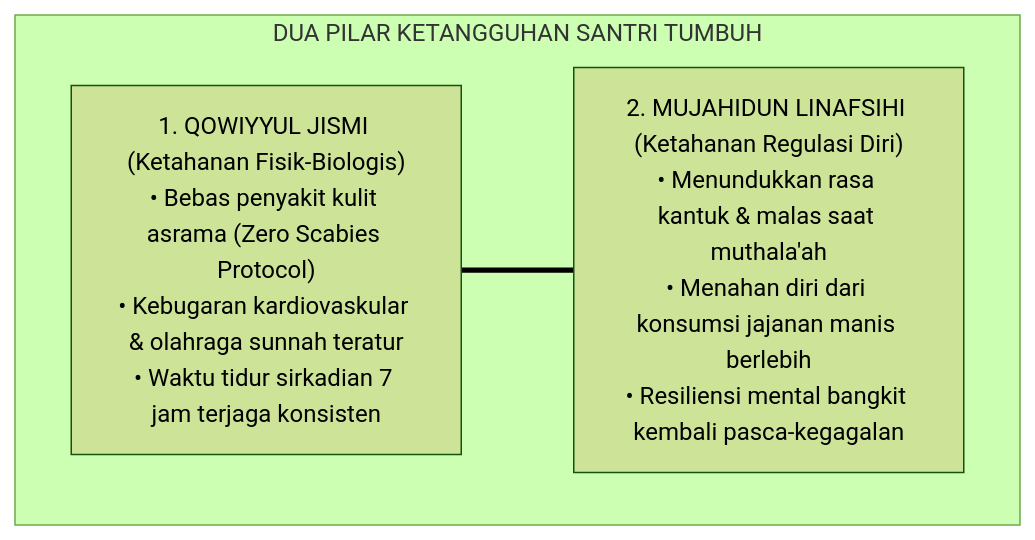
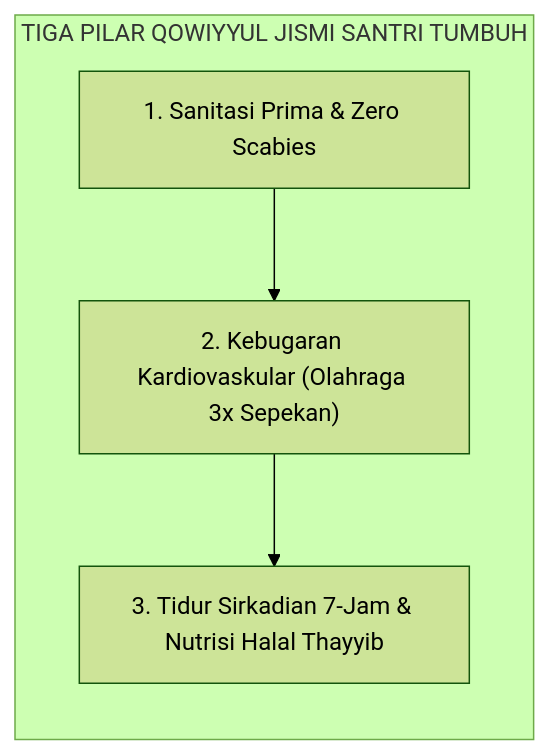
Diagram 13 of 47 in BOOK-SERIES/Volume-02/Buku-Volume-02-Taksonomi-Kapasitas-dan-10-Profil-Karakter.md (wandiapriliyandi/tumbuh), drawn with Mermaid (forest theme) before and after one commit. The commit also changed other lines of this file and 27 other files, not shown here.

````diff
--- a/BOOK-SERIES/Volume-02/Buku-Volume-02-Taksonomi-Kapasitas-dan-10-Profil-Karakter.md
+++ b/BOOK-SERIES/Volume-02/Buku-Volume-02-Taksonomi-Kapasitas-dan-10-Profil-Karakter.md
@@ -916,10 +711,7 @@
 ```mermaid
-graph TD
-    subgraph SinergiFisikJiwa["DUA PILAR KETANGGUHAN SANTRI TUMBUH"]
-        Jismi["1. QOWIYYUL JISMI (Ketahanan Fisik-Biologis)<br/>• Bebas penyakit kulit asrama (Zero Scabies Protocol)<br/>• Kebugaran kardiovaskular & olahraga sunnah teratur<br/>• Waktu tidur sirkadian 7 jam terjaga konsisten"]
-        
-        Nafsi["2. MUJAHIDUN LINAFSIHI (Ketahanan Regulasi Diri)<br/>• Menundukkan rasa kantuk & malas saat muthala'ah<br/>• Menahan diri dari konsumsi jajanan manis berlebih<br/>• Resiliensi mental bangkit kembali pasca-kegagalan"]
-        
-        Jismi === Nafsi
+graph LR
+    subgraph PilarFisik["TIGA PILAR QOWIYYUL JISMI SANTRI TUMBUH"]
+        Sanitasi["1. Sanitasi Prima & Zero Scabies"] --> Bugar["2. Kebugaran Kardiovaskular (Olahraga 3x Sepekan)"]
+        Bugar --> Sirkadian["3. Tidur Sirkadian 7-Jam & Nutrisi Halal Thayyib"]
     end
 ```
````
